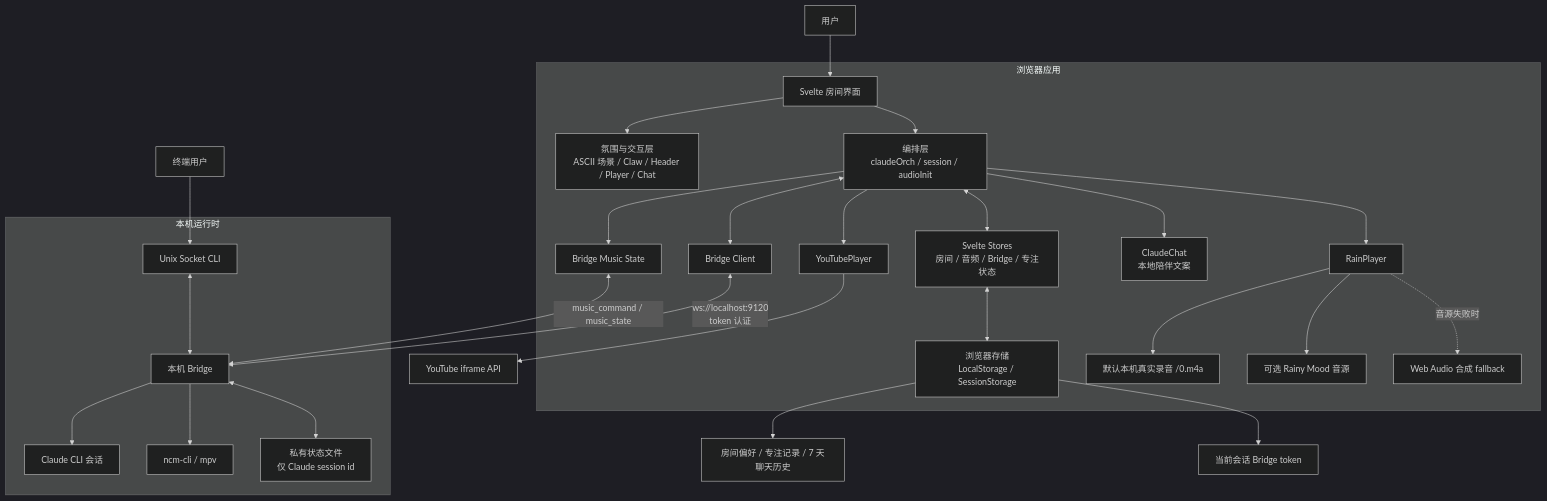
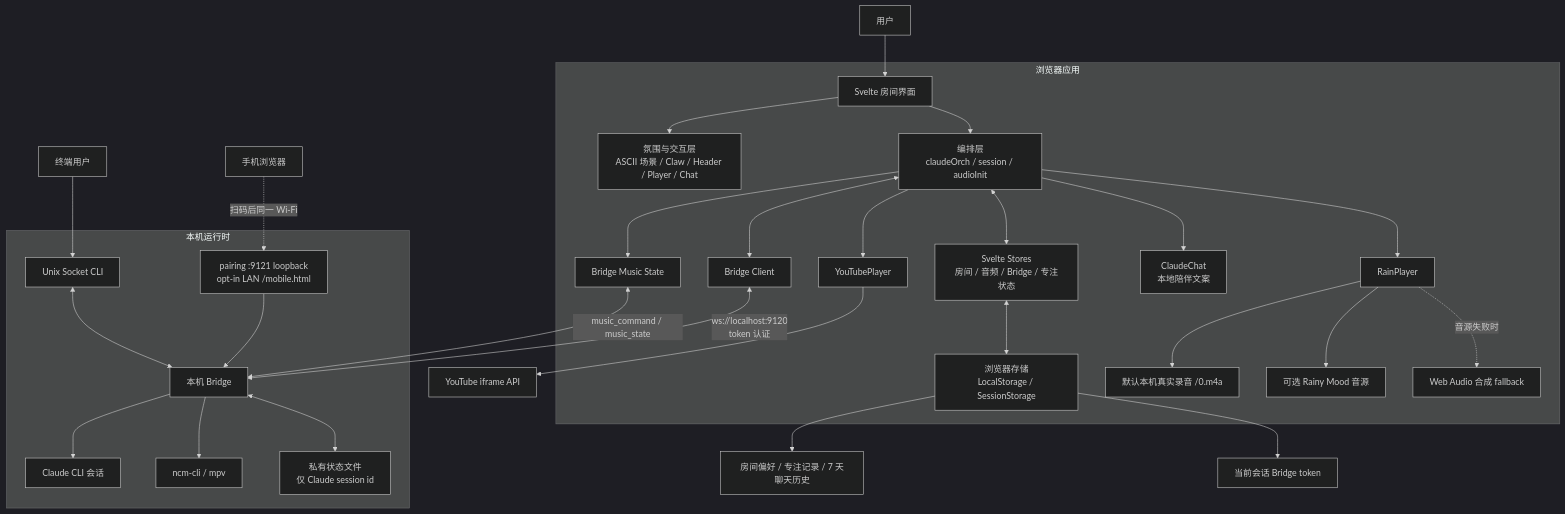
Before and after one commit to Eliotcute/loficlaude: the diagram in docs/ARCHITECTURE.md, drawn with Mermaid (dark theme). The commit also changed other lines of this file and 52 other files, not shown here.

````diff
--- a/docs/ARCHITECTURE.md
+++ b/docs/ARCHITECTURE.md
@@ -3,36 +3,38 @@
 ```mermaid
 flowchart TB
     User["用户"] --> Room["Svelte 房间界面"]
     Terminal["终端用户"] --> Socket["Unix Socket CLI"]
 
     subgraph Browser["浏览器应用"]
         Room --> View["氛围与交互层<br/>ASCII 场景 / Claw / Header / Player / Chat"]
         Room --> Orch["编排层<br/>claudeOrch / session / audioInit"]
         Orch <--> Stores["Svelte Stores<br/>房间 / 音频 / Bridge / 专注状态"]
         Stores <--> Persist["浏览器存储<br/>LocalStorage / SessionStorage"]
 
         Orch --> Music["YouTubePlayer"]
         Orch --> LocalMusic["Bridge Music State"]
         Orch --> Rain["RainPlayer"]
         Rain --> LocalRain["默认本机真实录音 /0.m4a"]
         Rain --> RemoteRain["可选 Rainy Mood 音源"]
         Rain -. "音源失败时" .-> Fallback["Web Audio 合成 fallback"]
 
         Orch --> Companion["ClaudeChat<br/>本地陪伴文案"]
         Orch <--> Client["Bridge Client"]
     end
 
     Music --> YouTube["YouTube iframe API"]
     LocalMusic <-->|"music_command / music_state"| Bridge
     Client <-->|"ws://localhost:9120<br/>token 认证"| Bridge["本机 Bridge"]
 
     subgraph LocalRuntime["本机运行时"]
         Bridge --> ClaudeSession["Claude CLI 会话"]
         Bridge --> Netease["ncm-cli / mpv"]
         Bridge <--> SessionState["私有状态文件<br/>仅 Claude session id"]
         Socket <--> Bridge
+        Pairing["pairing :9121 loopback<br/>opt-in LAN /mobile.html"] --> Bridge
     end
+    Phone["手机浏览器"] -.->|"扫码后同一 Wi-Fi"| Pairing
 
     Persist --> LocalData["房间偏好 / 专注记录 / 7 天聊天历史"]
     Persist --> SessionToken["当前会话 Bridge token"]
 ```
````
